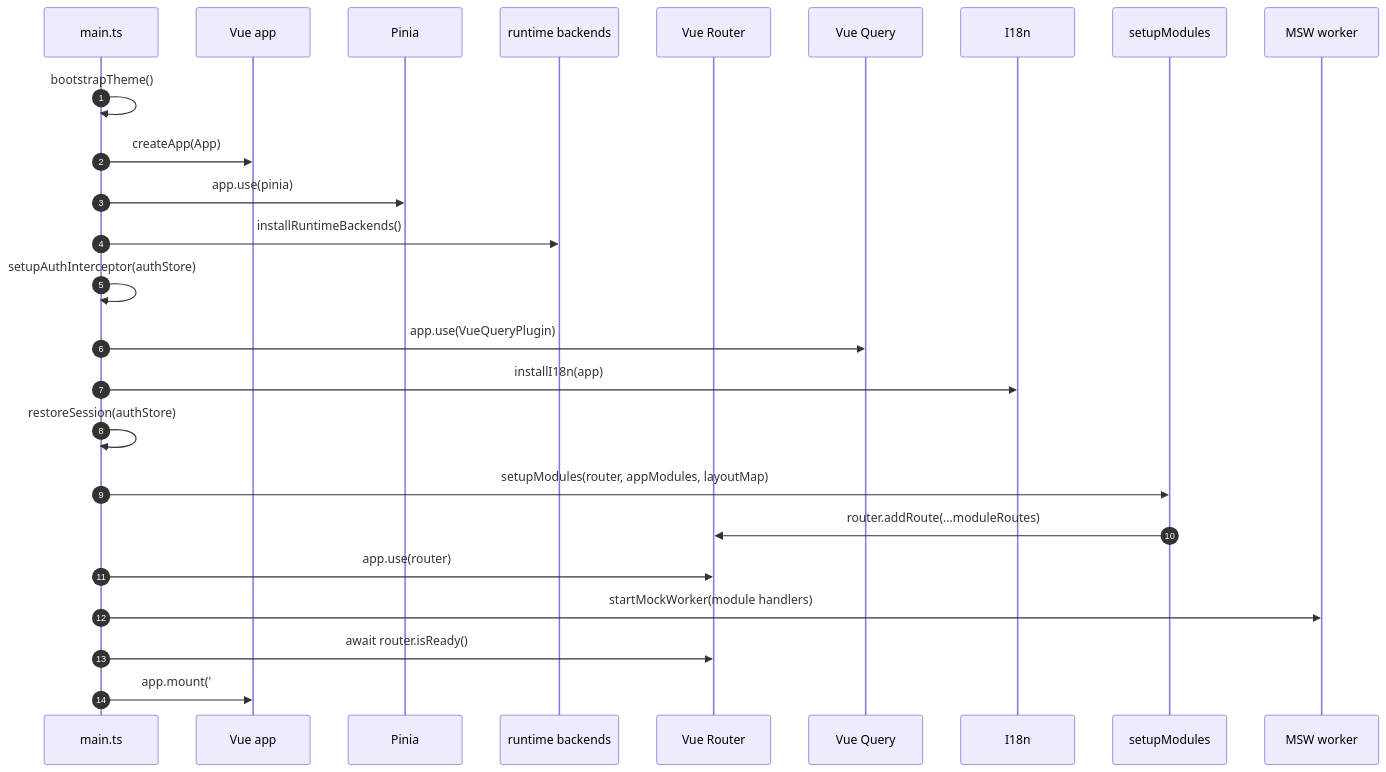
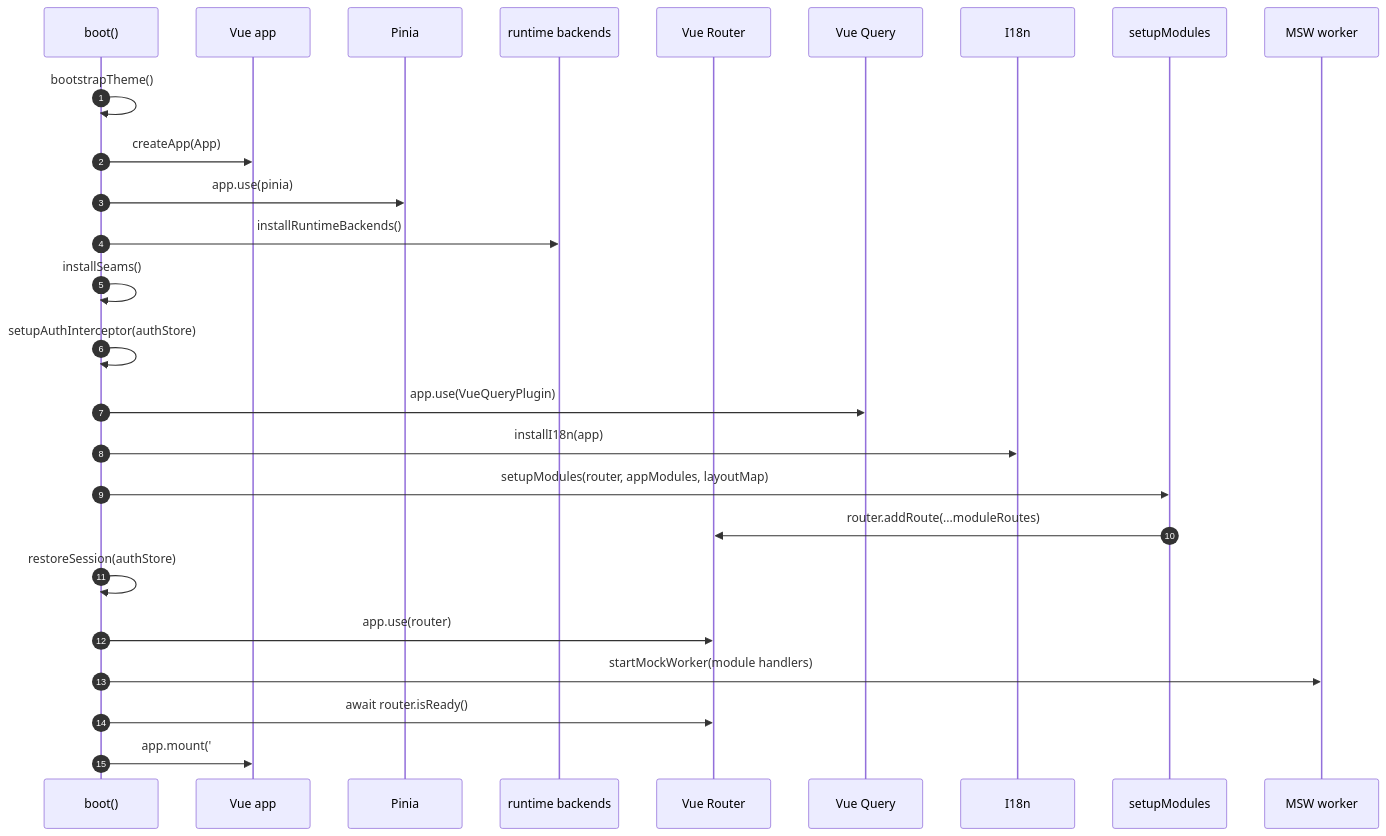
The second of 6 diagrams in docs/2.architecture/3.routing.md (boussadjra/vuestrata), drawn with Mermaid before and after one commit. The commit also changed other lines of this file and 8 other files, not shown here.

````diff
--- a/docs/2.architecture/3.routing.md
+++ b/docs/2.architecture/3.routing.md
@@ -161,28 +161,29 @@
 ```mermaid
 sequenceDiagram
   autonumber
-  participant Main as main.ts
+  participant Main as boot()
   participant App as Vue app
   participant Pinia
   participant Runtime as runtime backends
   participant Router as Vue Router
   participant Query as Vue Query
   participant I18n
   participant Modules as setupModules
   participant MSW as MSW worker
 
   Main->>Main: bootstrapTheme()
   Main->>App: createApp(App)
   Main->>Pinia: app.use(pinia)
   Main->>Runtime: installRuntimeBackends()
+  Main->>Main: installSeams()
   Main->>Main: setupAuthInterceptor(authStore)
   Main->>Query: app.use(VueQueryPlugin)
   Main->>I18n: installI18n(app)
-  Main->>Main: restoreSession(authStore)
   Main->>Modules: setupModules(router, appModules, layoutMap)
   Modules->>Router: router.addRoute(...moduleRoutes)
+  Main->>Main: restoreSession(authStore)
   Main->>Router: app.use(router)
   Main->>MSW: startMockWorker(module handlers)
   Main->>Router: await router.isReady()
   Main->>App: app.mount('#app')
 ```
````
